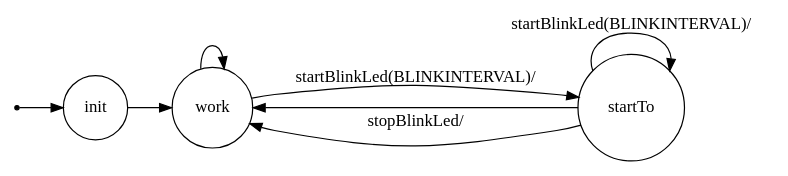
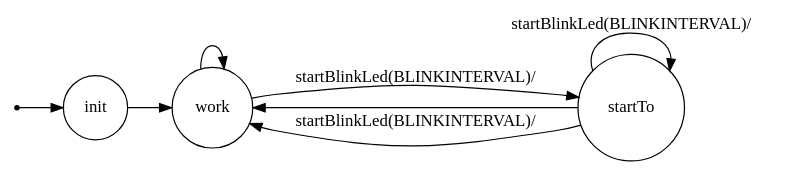
The diagram in bls.distributed.DB-master/srcMore/it/unibo/timer/dotFsm.gv (Mikelainz/ISS), drawn with Graphviz before and after one commit. The commit also changed 171 other files, not shown here.

```diff
--- a/bls.distributed.DB-master/srcMore/it/unibo/timer/dotFsm.gv
+++ b/bls.distributed.DB-master/srcMore/it/unibo/timer/dotFsm.gv
@@ -1,27 +1,27 @@
 /*
 *
 * A GraphViz DOT FSM description 
 * Please use a GraphViz visualizer (like http://www.webgraphviz.com)
 * 
 * Generated by AM,NC,RM
 *  
 */
  
 digraph finite_state_machine {
   	rankdir=LR;
   	size="8,5"
   	node [shape = point]; iniziale;
   	node [shape = doublecircle]; 
   	node [shape = circle];
   	iniziale -> init [label = ""];
   	
   	
   	init -> work [ label = ""];
   	
   	work -> work [ label = ""];
   	work -> startTo [ label = "startBlinkLed(BLINKINTERVAL)/"];
   	
   	startTo -> work [ label = ""];
   	startTo -> startTo [ label = "startBlinkLed(BLINKINTERVAL)/"];
-  	startTo -> work [ label = "stopBlinkLed/"];
+  	startTo -> work [ label = "startBlinkLed(BLINKINTERVAL)/"];
 }
```
